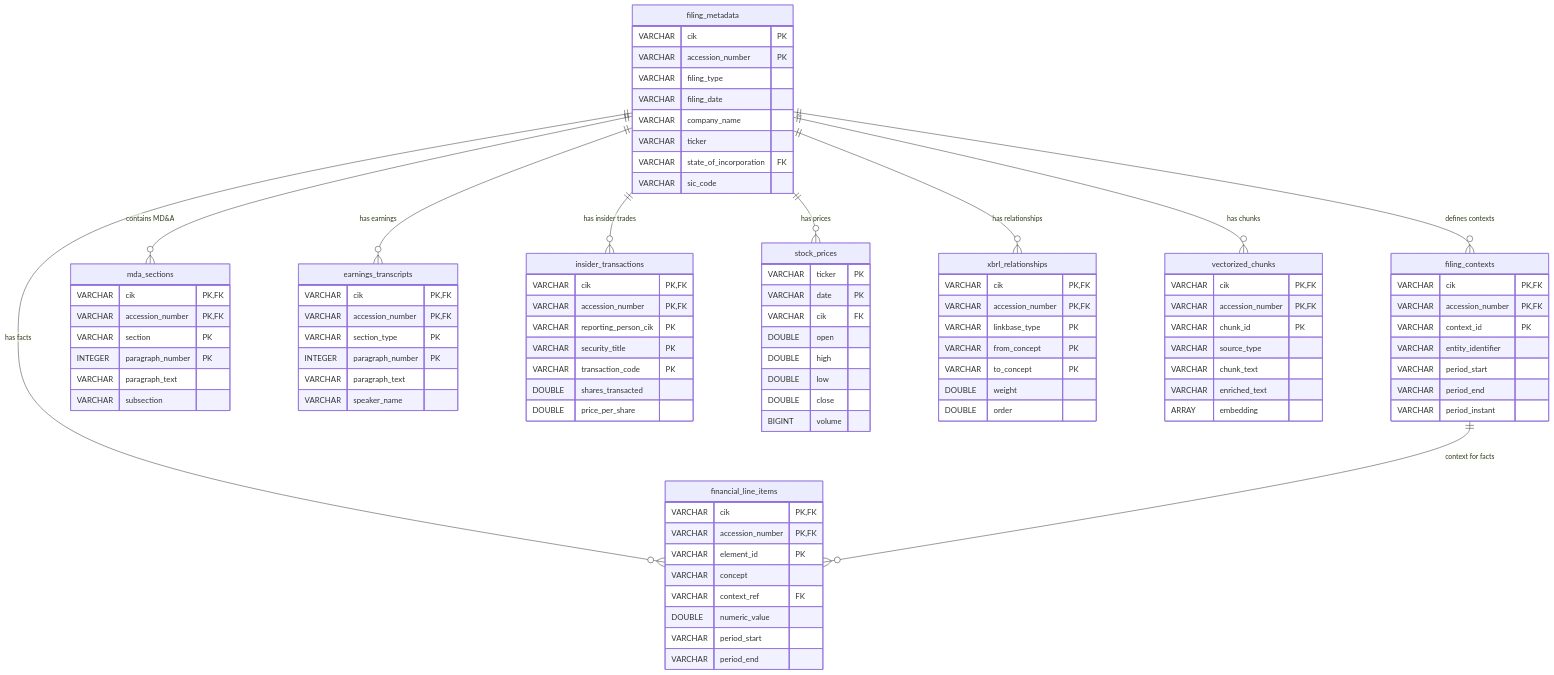
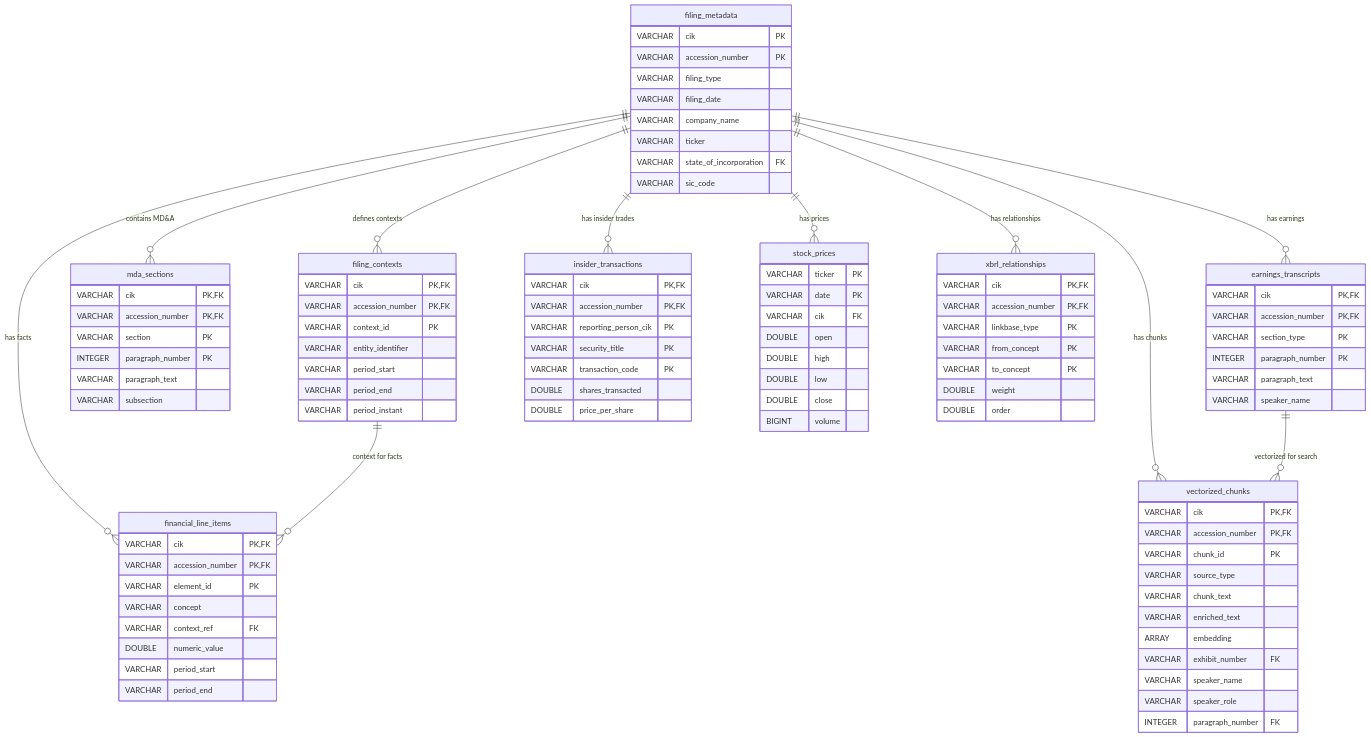
Before and after one commit to kenstott/calcite: the diagram in govdata/docs/schemas/sec.md, drawn with Mermaid. The commit also changed other lines of this file and 6 other files, not shown here.

First line of the commit message:
fix(sec): resolve Iceberg table schema mismatch causing DuckDB query failures

````diff
--- a/govdata/docs/schemas/sec.md
+++ b/govdata/docs/schemas/sec.md
@@ -97,6 +97,10 @@
         VARCHAR chunk_text
         VARCHAR enriched_text
         ARRAY embedding
+        VARCHAR exhibit_number FK
+        VARCHAR speaker_name
+        VARCHAR speaker_role
+        INTEGER paragraph_number FK
     }
 
     filing_metadata ||--o{ financial_line_items : "has facts"
@@ -108,4 +112,5 @@
     filing_metadata ||--o{ xbrl_relationships : "has relationships"
     filing_metadata ||--o{ vectorized_chunks : "has chunks"
     filing_contexts ||--o{ financial_line_items : "context for facts"
+    earnings_transcripts ||--o{ vectorized_chunks : "vectorized for search"
 ```
````
